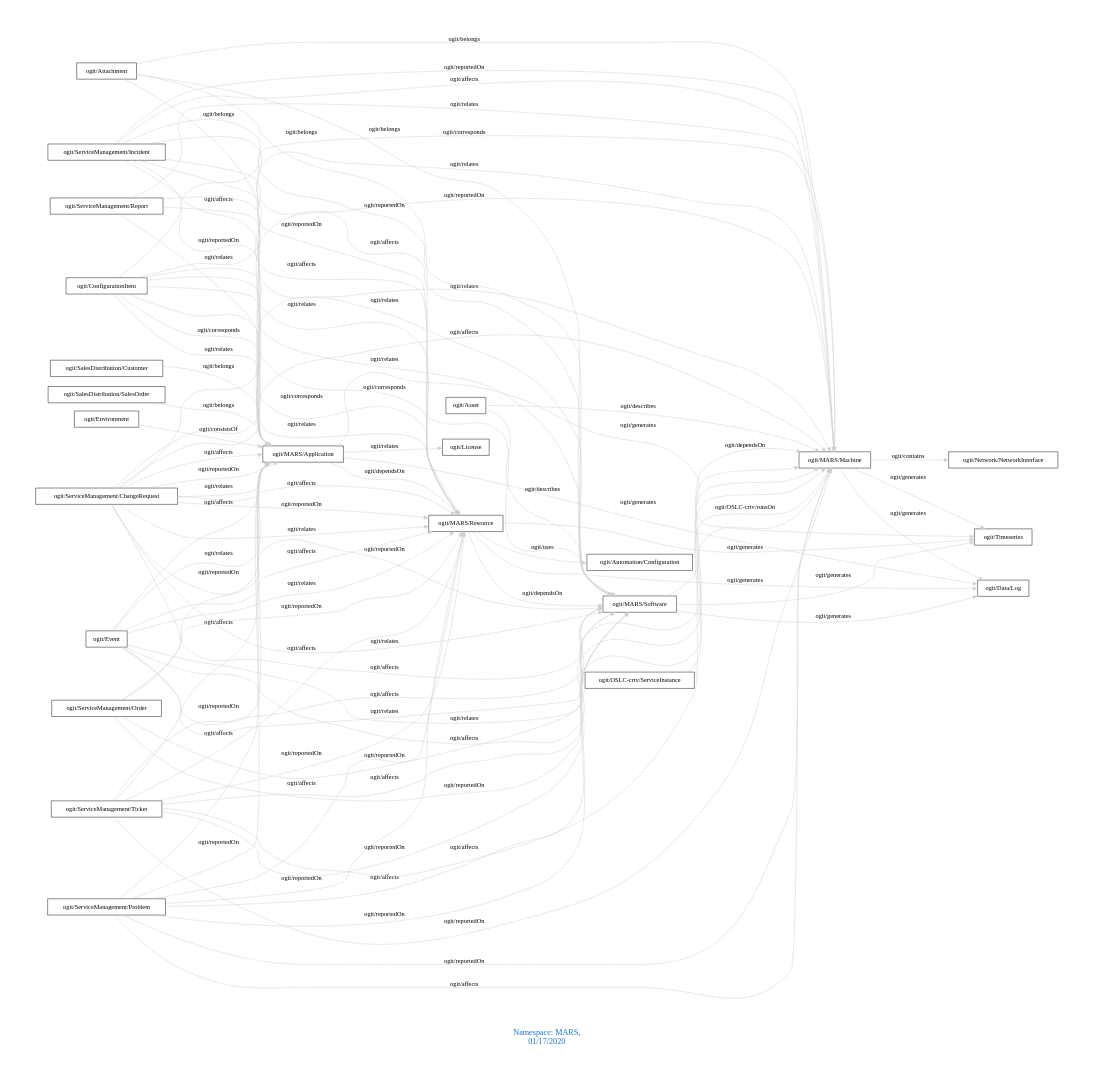
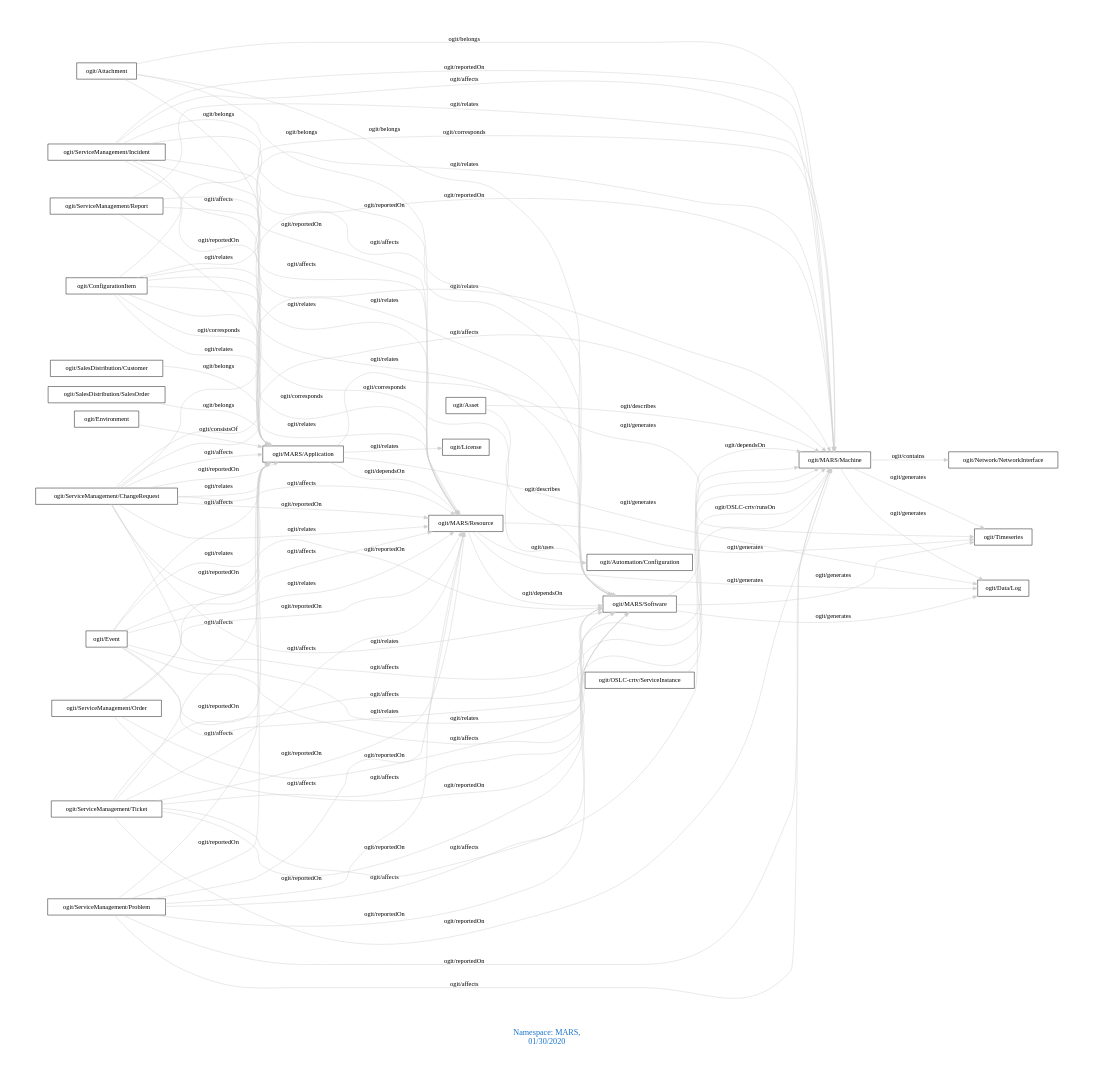
The diagram in downloads/MARS.dot (arago/OGIT), drawn with Graphviz before and after one commit. The commit also changed 1675 other files, not shown here.

```diff
--- a/downloads/MARS.dot
+++ b/downloads/MARS.dot
@@ -1,92 +1,92 @@
 digraph OGIT_ontology {
  graph [ rankdir= LR,pad=1 
 fontsize = 18,
-fontcolor= dodgerblue3,label = "\n\n\nNamespace: MARS, \n 01/17/2020"];
+fontcolor= dodgerblue3,label = "\n\n\nNamespace: MARS, \n 01/30/2020"];
 node[shape=polygon];
 edge [  color="gray81"];
 
    "ogit/MARS/Machine" -> "ogit/Network/NetworkInterface" [label="   ogit/contains    "];
    "ogit/MARS/Application" -> "ogit/Data/Log" [label="   ogit/generates    "];
    "ogit/MARS/Application" -> "ogit/Timeseries" [label="   ogit/generates    "];
    "ogit/MARS/Machine" -> "ogit/Data/Log" [label="   ogit/generates    "];
    "ogit/MARS/Machine" -> "ogit/Timeseries" [label="   ogit/generates    "];
    "ogit/MARS/Resource" -> "ogit/Data/Log" [label="   ogit/generates    "];
    "ogit/MARS/Resource" -> "ogit/Timeseries" [label="   ogit/generates    "];
    "ogit/MARS/Software" -> "ogit/Data/Log" [label="   ogit/generates    "];
    "ogit/MARS/Software" -> "ogit/Timeseries" [label="   ogit/generates    "];
    "ogit/Asset" -> "ogit/MARS/Software" [label="   ogit/describes    "];
    "ogit/Asset" -> "ogit/MARS/Machine" [label="   ogit/describes    "];
    "ogit/ConfigurationItem" -> "ogit/MARS/Application" [label="   ogit/corresponds    "];
    "ogit/ConfigurationItem" -> "ogit/MARS/Resource" [label="   ogit/corresponds    "];
    "ogit/ConfigurationItem" -> "ogit/MARS/Software" [label="   ogit/corresponds    "];
    "ogit/ConfigurationItem" -> "ogit/MARS/Machine" [label="   ogit/corresponds    "];
    "ogit/ServiceManagement/ChangeRequest" -> "ogit/MARS/Application" [label="   ogit/affects    "];
    "ogit/ServiceManagement/ChangeRequest" -> "ogit/MARS/Resource" [label="   ogit/affects    "];
    "ogit/ServiceManagement/ChangeRequest" -> "ogit/MARS/Software" [label="   ogit/affects    "];
    "ogit/ServiceManagement/ChangeRequest" -> "ogit/MARS/Machine" [label="   ogit/affects    "];
    "ogit/ServiceManagement/Incident" -> "ogit/MARS/Application" [label="   ogit/affects    "];
    "ogit/ServiceManagement/Incident" -> "ogit/MARS/Resource" [label="   ogit/affects    "];
    "ogit/ServiceManagement/Incident" -> "ogit/MARS/Software" [label="   ogit/affects    "];
    "ogit/ServiceManagement/Incident" -> "ogit/MARS/Machine" [label="   ogit/affects    "];
    "ogit/ServiceManagement/Problem" -> "ogit/MARS/Application" [label="   ogit/affects    "];
    "ogit/ServiceManagement/Problem" -> "ogit/MARS/Resource" [label="   ogit/affects    "];
    "ogit/ServiceManagement/Problem" -> "ogit/MARS/Software" [label="   ogit/affects    "];
    "ogit/ServiceManagement/Problem" -> "ogit/MARS/Machine" [label="   ogit/affects    "];
    "ogit/ServiceManagement/Ticket" -> "ogit/MARS/Application" [label="   ogit/affects    "];
    "ogit/ServiceManagement/Ticket" -> "ogit/MARS/Resource" [label="   ogit/affects    "];
    "ogit/ServiceManagement/Ticket" -> "ogit/MARS/Software" [label="   ogit/affects    "];
    "ogit/ServiceManagement/Ticket" -> "ogit/MARS/Machine" [label="   ogit/affects    "];
    "ogit/Event" -> "ogit/MARS/Application" [label="   ogit/affects    "];
    "ogit/Event" -> "ogit/MARS/Resource" [label="   ogit/affects    "];
    "ogit/Event" -> "ogit/MARS/Software" [label="   ogit/affects    "];
    "ogit/Event" -> "ogit/MARS/Machine" [label="   ogit/affects    "];
    "ogit/OSLC-crtv/ServiceInstance" -> "ogit/MARS/Machine" [label="   ogit/OSLC-crtv/runsOn    "];
    "ogit/MARS/Application" -> "ogit/MARS/Resource" [label="   ogit/dependsOn    "];
    "ogit/MARS/Resource" -> "ogit/MARS/Software" [label="   ogit/dependsOn    "];
    "ogit/MARS/Software" -> "ogit/MARS/Machine" [label="   ogit/dependsOn    "];
    "ogit/SalesDistribution/Customer" -> "ogit/MARS/Application" [label="   ogit/belongs    "];
    "ogit/SalesDistribution/SalesOrder" -> "ogit/MARS/Application" [label="   ogit/belongs    "];
    "ogit/Attachment" -> "ogit/MARS/Machine" [label="   ogit/belongs    "];
    "ogit/Attachment" -> "ogit/MARS/Software" [label="   ogit/belongs    "];
    "ogit/Attachment" -> "ogit/MARS/Resource" [label="   ogit/belongs    "];
    "ogit/Attachment" -> "ogit/MARS/Application" [label="   ogit/belongs    "];
    "ogit/MARS/Resource" -> "ogit/Automation/Configuration" [label="   ogit/uses    "];
    "ogit/ServiceManagement/ChangeRequest" -> "ogit/MARS/Machine" [label="   ogit/reportedOn    "];
    "ogit/ServiceManagement/ChangeRequest" -> "ogit/MARS/Software" [label="   ogit/reportedOn    "];
    "ogit/ServiceManagement/ChangeRequest" -> "ogit/MARS/Resource" [label="   ogit/reportedOn    "];
    "ogit/ServiceManagement/ChangeRequest" -> "ogit/MARS/Application" [label="   ogit/reportedOn    "];
    "ogit/ServiceManagement/Incident" -> "ogit/MARS/Machine" [label="   ogit/reportedOn    "];
    "ogit/ServiceManagement/Incident" -> "ogit/MARS/Software" [label="   ogit/reportedOn    "];
    "ogit/ServiceManagement/Incident" -> "ogit/MARS/Resource" [label="   ogit/reportedOn    "];
    "ogit/ServiceManagement/Incident" -> "ogit/MARS/Application" [label="   ogit/reportedOn    "];
    "ogit/ServiceManagement/Order" -> "ogit/MARS/Machine" [label="   ogit/reportedOn    "];
    "ogit/ServiceManagement/Order" -> "ogit/MARS/Software" [label="   ogit/reportedOn    "];
    "ogit/ServiceManagement/Order" -> "ogit/MARS/Resource" [label="   ogit/reportedOn    "];
    "ogit/ServiceManagement/Order" -> "ogit/MARS/Application" [label="   ogit/reportedOn    "];
    "ogit/ServiceManagement/Problem" -> "ogit/MARS/Machine" [label="   ogit/reportedOn    "];
    "ogit/ServiceManagement/Problem" -> "ogit/MARS/Software" [label="   ogit/reportedOn    "];
    "ogit/ServiceManagement/Problem" -> "ogit/MARS/Resource" [label="   ogit/reportedOn    "];
    "ogit/ServiceManagement/Problem" -> "ogit/MARS/Application" [label="   ogit/reportedOn    "];
    "ogit/ServiceManagement/Ticket" -> "ogit/MARS/Machine" [label="   ogit/reportedOn    "];
    "ogit/ServiceManagement/Ticket" -> "ogit/MARS/Software" [label="   ogit/reportedOn    "];
    "ogit/ServiceManagement/Ticket" -> "ogit/MARS/Resource" [label="   ogit/reportedOn    "];
    "ogit/ServiceManagement/Ticket" -> "ogit/MARS/Application" [label="   ogit/reportedOn    "];
    "ogit/Environment" -> "ogit/MARS/Application" [label="   ogit/consistsOf    "];
    "ogit/MARS/Application" -> "ogit/License" [label="   ogit/relates    "];
    "ogit/ServiceManagement/ChangeRequest" -> "ogit/MARS/Machine" [label="   ogit/relates    "];
    "ogit/ServiceManagement/ChangeRequest" -> "ogit/MARS/Software" [label="   ogit/relates    "];
    "ogit/ServiceManagement/ChangeRequest" -> "ogit/MARS/Resource" [label="   ogit/relates    "];
    "ogit/ServiceManagement/ChangeRequest" -> "ogit/MARS/Application" [label="   ogit/relates    "];
    "ogit/ServiceManagement/Report" -> "ogit/MARS/Machine" [label="   ogit/relates    "];
    "ogit/ServiceManagement/Report" -> "ogit/MARS/Software" [label="   ogit/relates    "];
    "ogit/ServiceManagement/Report" -> "ogit/MARS/Resource" [label="   ogit/relates    "];
    "ogit/ServiceManagement/Report" -> "ogit/MARS/Application" [label="   ogit/relates    "];
    "ogit/ConfigurationItem" -> "ogit/MARS/Machine" [label="   ogit/relates    "];
    "ogit/ConfigurationItem" -> "ogit/MARS/Software" [label="   ogit/relates    "];
    "ogit/ConfigurationItem" -> "ogit/MARS/Resource" [label="   ogit/relates    "];
    "ogit/ConfigurationItem" -> "ogit/MARS/Application" [label="   ogit/relates    "];
    "ogit/Event" -> "ogit/MARS/Machine" [label="   ogit/relates    "];
    "ogit/Event" -> "ogit/MARS/Software" [label="   ogit/relates    "];
    "ogit/Event" -> "ogit/MARS/Resource" [label="   ogit/relates    "];
    "ogit/Event" -> "ogit/MARS/Application" [label="   ogit/relates    "];
 }
```
